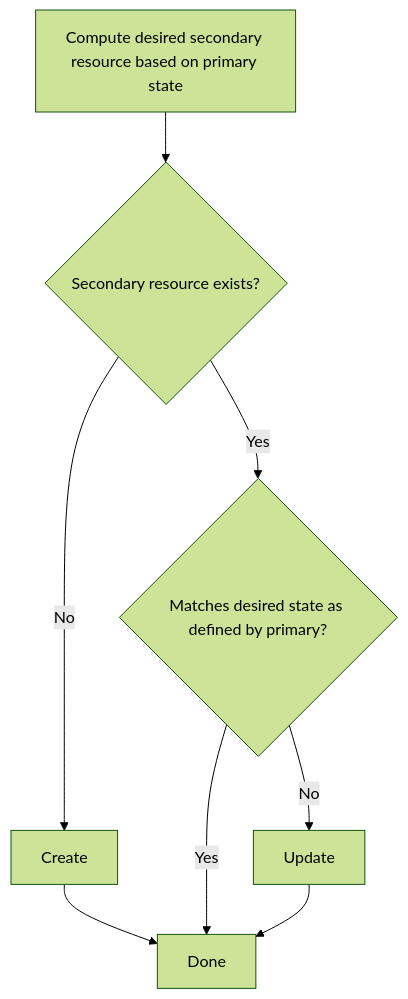
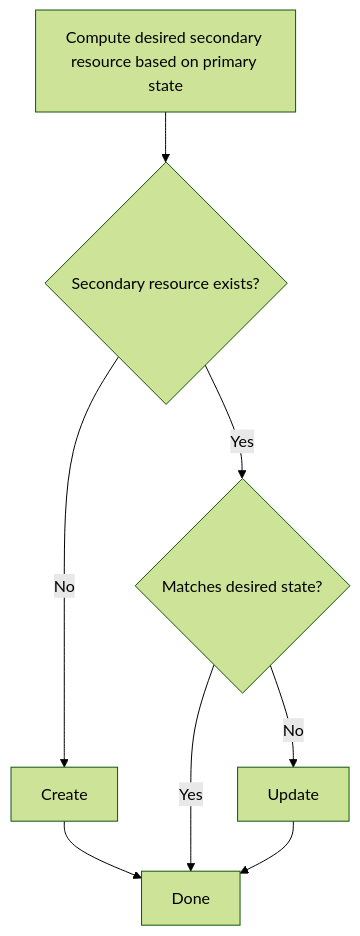
The diagram in docs/documentation/dependent-resources.md (operator-framework/java-operator-sdk), drawn with Mermaid (forest theme) before and after one commit. The commit also changed other lines of this file, not shown here.

```diff
--- a/docs/documentation/dependent-resources.md
+++ b/docs/documentation/dependent-resources.md
@@ -27,13 +27,13 @@
 <div class="mermaid" markdown="0"> 
 flowchart TD
 
 compute[Compute desired secondary resource based on primary state] --> A
 A{Secondary resource exists?}
 A -- Yes --> match
 A -- No --> Create --> Done
 
-match{Matches desired state as defined by primary?}
+match{Matches desired state?}
 match -- Yes --> Done
 match -- No --> Update --> Done
 
 </div>
```
